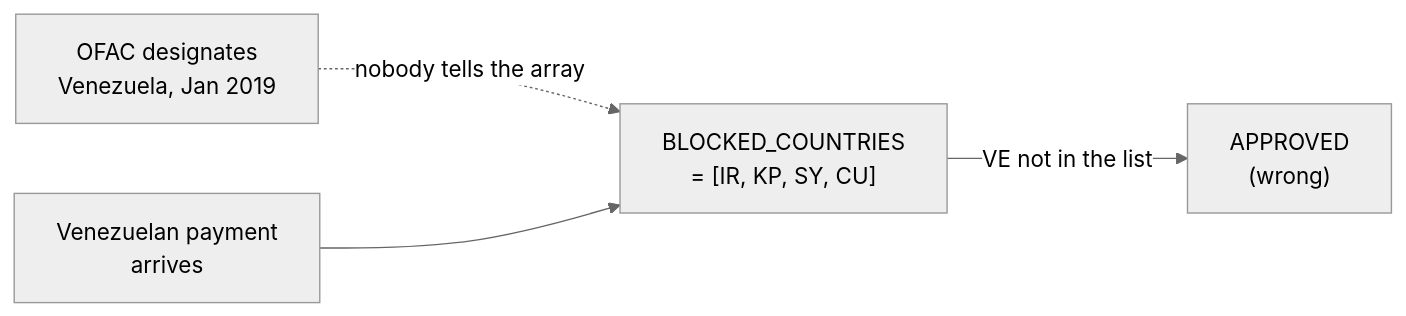
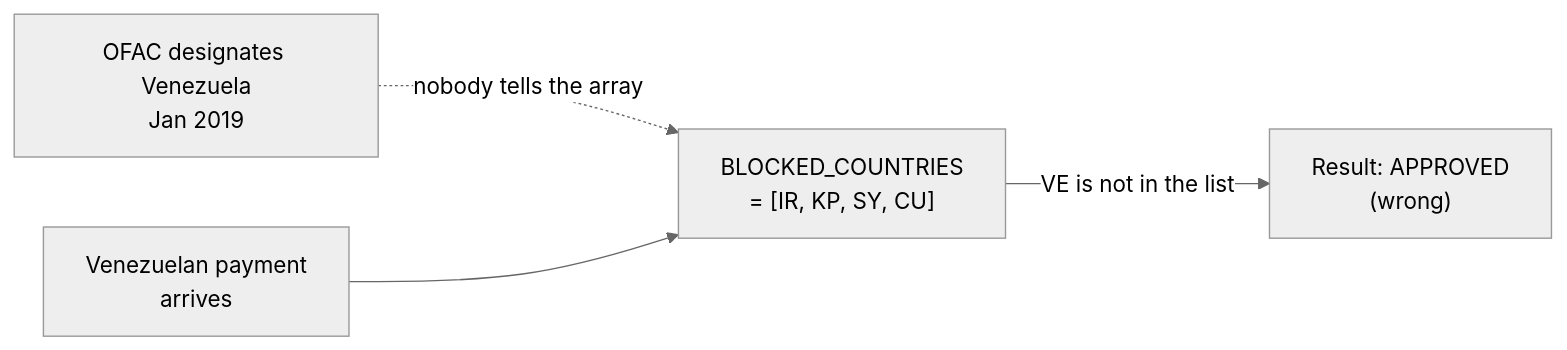
One commit to riyaz-pasha/Learnings changed the first of 13 diagrams in system-design/HLD/0-course/51-Multi-Source-Sanctioned-Country-Payment-Blocking-FAANG-Guide-story.md. Above: the diagram before and after it, drawn with Mermaid (neutral theme). The commit also changed other lines of this file and 1 other file, not shown here.

Commit message:
[REWRITE] Multi-Source Sanctioned Country Payment Blocking story guide: simplify prose, add structure, fix diagrams

````diff
--- a/system-design/HLD/0-course/51-Multi-Source-Sanctioned-Country-Payment-Blocking-FAANG-Guide-story.md
+++ b/system-design/HLD/0-course/51-Multi-Source-Sanctioned-Country-Payment-Blocking-FAANG-Guide-story.md
@@ -49,6 +65,6 @@
 ```mermaid
 flowchart LR
-    A["OFAC designates\nVenezuela, Jan 2019"] -.->|"nobody tells the array"| B["BLOCKED_COUNTRIES\n= [IR, KP, SY, CU]"]
-    C["Venezuelan payment\narrives"] --> B
-    B -->|"VE not in the list"| D["APPROVED\n(wrong)"]
+    A["OFAC designates Venezuela<br/>Jan 2019"] -.->|"nobody tells the array"| B["BLOCKED_COUNTRIES<br/>= [IR, KP, SY, CU]"]
+    C["Venezuelan payment<br/>arrives"] --> B
+    B -->|"VE is not in the list"| D["Result: APPROVED<br/>(wrong)"]
 ```
````
